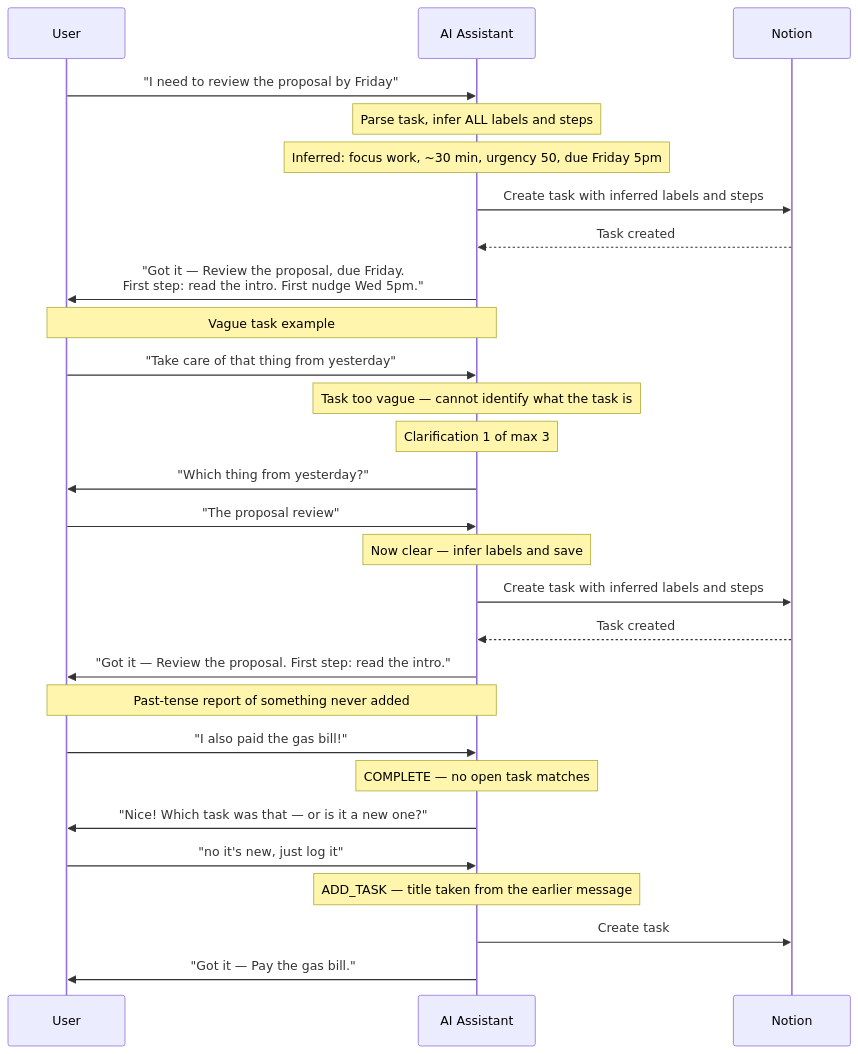
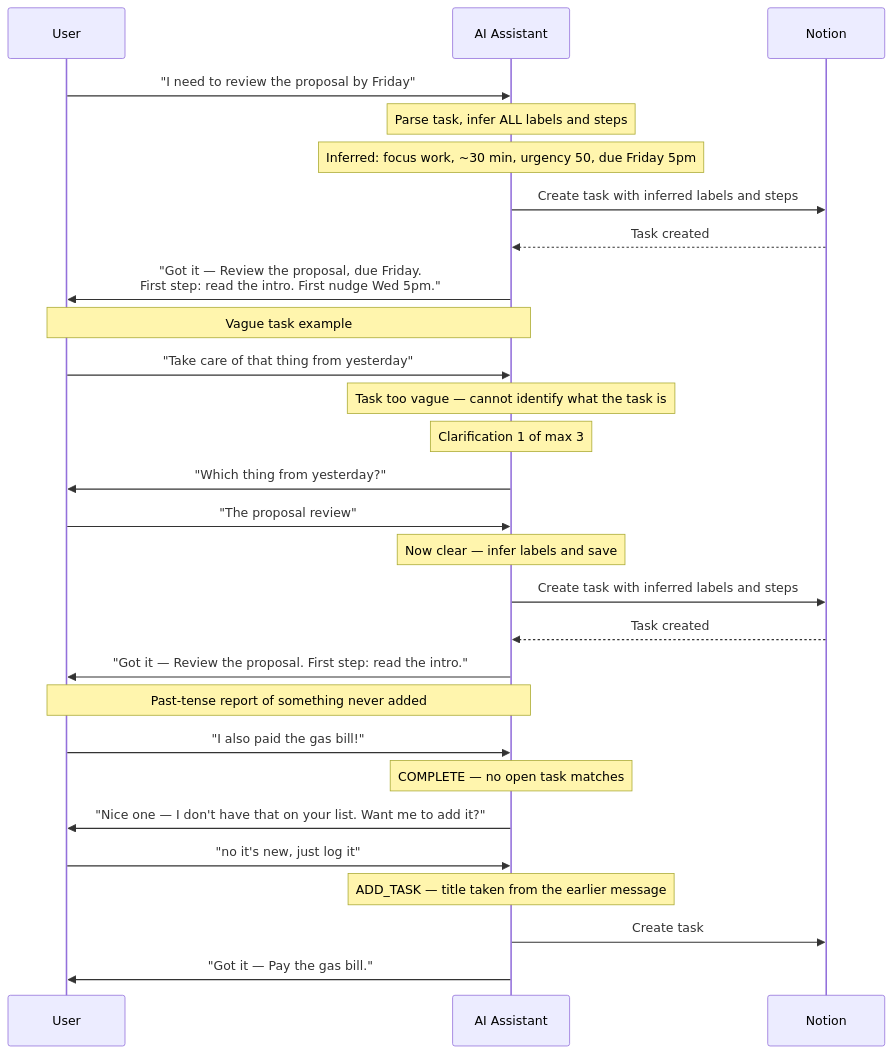
One commit to NickBorgersProbably/hide-my-list changed the second of 28 diagrams in docs/user-interactions.md. Above: the diagram before and after it, drawn with Mermaid. The commit also changed other lines of this file and 17 other files, not shown here.

````diff
--- a/docs/user-interactions.md
+++ b/docs/user-interactions.md
@@ -52,41 +52,41 @@
 ```mermaid
 sequenceDiagram
     participant U as User
     participant AI as AI Assistant
     participant N as Notion
 
     U->>AI: "I need to review the proposal by Friday"
 
     Note over AI: Parse task, infer ALL labels and steps
     Note over AI: Inferred: focus work, ~30 min, urgency 50, due Friday 5pm
 
     AI->>N: Create task with inferred labels and steps
     N-->>AI: Task created
     AI->>U: "Got it — Review the proposal, due Friday.<br/>First step: read the intro. First nudge Wed 5pm."
 
     Note over U,AI: Vague task example
 
     U->>AI: "Take care of that thing from yesterday"
 
     Note over AI: Task too vague — cannot identify what the task is
     Note over AI: Clarification 1 of max 3
 
     AI->>U: "Which thing from yesterday?"
     U->>AI: "The proposal review"
 
     Note over AI: Now clear — infer labels and save
 
     AI->>N: Create task with inferred labels and steps
     N-->>AI: Task created
     AI->>U: "Got it — Review the proposal. First step: read the intro."
 
     Note over U,AI: Past-tense report of something never added
 
     U->>AI: "I also paid the gas bill!"
     Note over AI: COMPLETE — no open task matches
-    AI->>U: "Nice! Which task was that — or is it a new one?"
+    AI->>U: "Nice one — I don't have that on your list. Want me to add it?"
     U->>AI: "no it's new, just log it"
     Note over AI: ADD_TASK — title taken from the earlier message
     AI->>N: Create task
     AI->>U: "Got it — Pay the gas bill."
 ```
````
